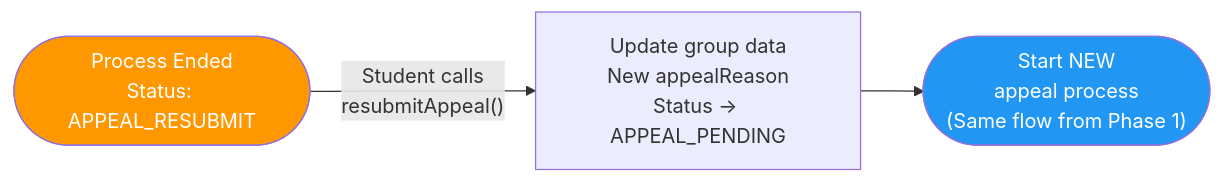
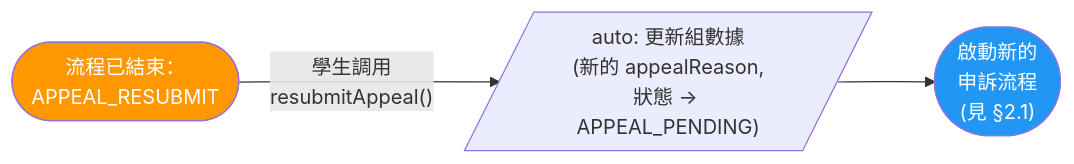
Before and after one commit to OneStar-Projects/SLAS-Docs: the sixth of 7 diagrams in student-org-workflow-flowcharts.md, drawn with Mermaid. The commit also changed other lines of this file and 1 other file, not shown here.

````diff
--- a/student-org-workflow-flowcharts.md
+++ b/student-org-workflow-flowcharts.md
@@ -319,11 +411,9 @@
 ```mermaid
 flowchart LR
-    Rejected(["Process Ended<br>Status: APPEAL_RESUBMIT"])
-    Rejected -->|"Student calls<br>resubmitAppeal()"| Update
-
-    Update["Update group data<br>New appealReason<br>Status → APPEAL_PENDING"]
-    Update --> NewProcess(["Start NEW<br>appeal process<br>(Same flow from Phase 1)"])
+    Rejected(["流程已結束：<br/>APPEAL_RESUBMIT"])
+    Rejected -->|"學生調用<br/>resubmitAppeal()"| Update[/"auto: 更新組數據<br/>(新的 appealReason,<br/>狀態 → APPEAL_PENDING)"/]
+    Update --> NewProcess(["啟動新的<br/>申訴流程<br/>(見 §2.1)"])
 
     style Rejected fill:#FF9800,color:#fff
     style NewProcess fill:#2196F3,color:#fff
 ```
````
